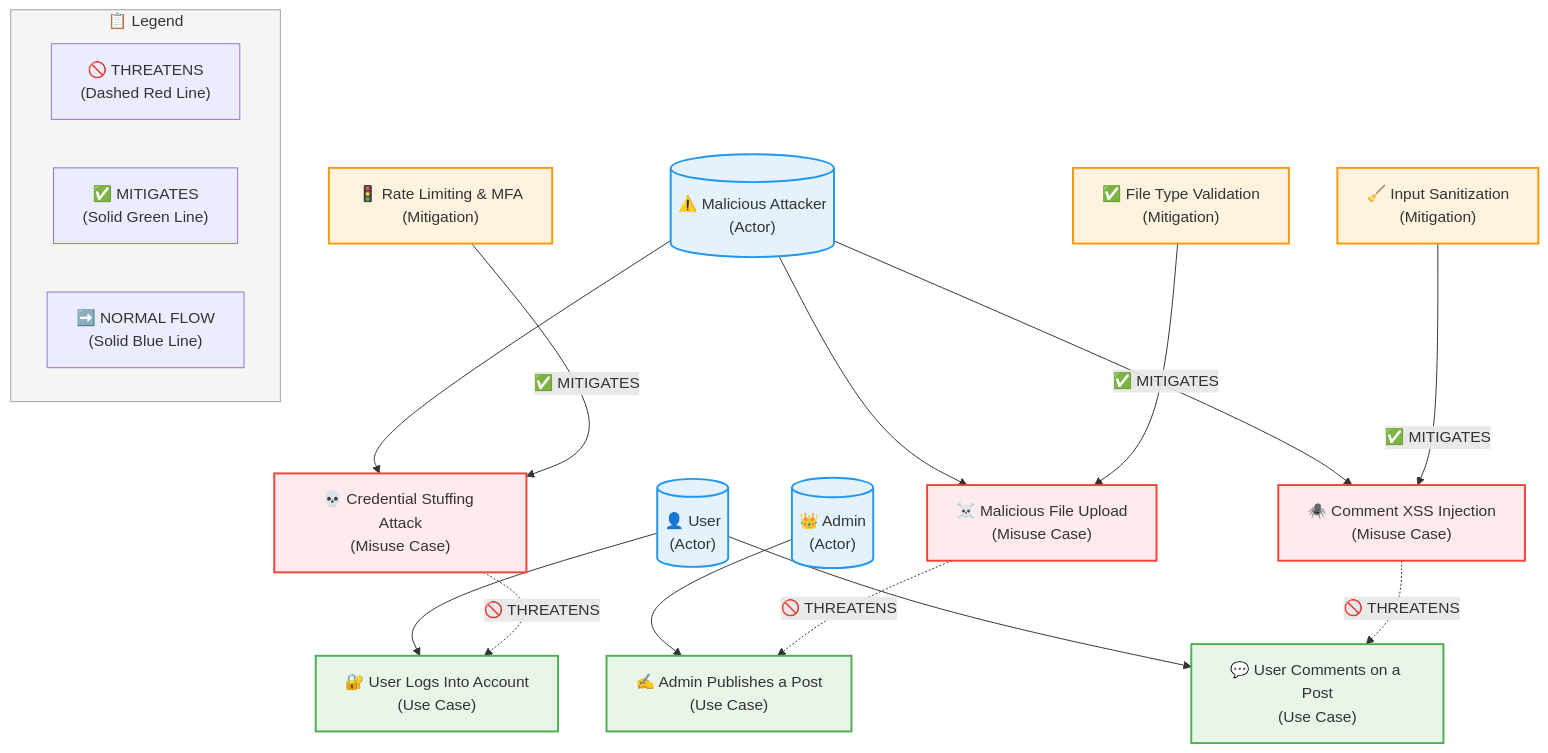
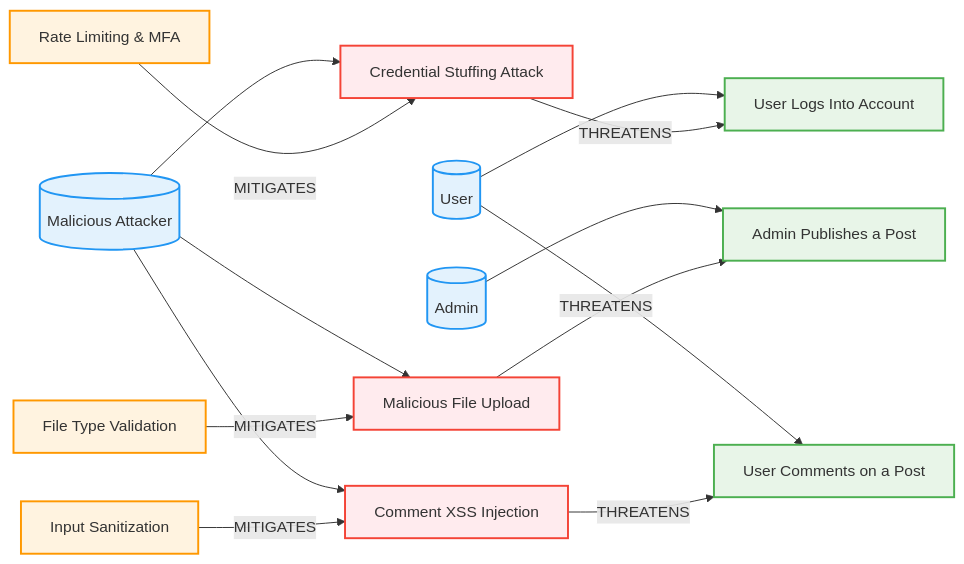
One commit to TRUPALIX9/study-reports changed the third of 3 diagrams in L04-Submission.md. Above: the diagram before and after it, drawn with Mermaid. The commit also changed other lines of this file and 1 other file, not shown here.

First line of the commit message:
Restructured diagrams with proper flow direction and professional formatting

````diff
--- a/L04-Submission.md
+++ b/L04-Submission.md
@@ -230,62 +230,55 @@
 ```mermaid
-graph TB
-    %% Actors
-    User[("👤 User<br/>(Actor)")]
-    Admin[("👑 Admin<br/>(Actor)")]
-    Attacker[("⚠️ Malicious Attacker<br/>(Actor)")]
+graph LR
+    %% Actors - Left Side
+    User[("User")]
+    Admin[("Admin")]
+    Attacker[("Malicious Attacker")]
     
-    %% Use Cases
-    UserLogin["🔐 User Logs Into Account<br/>(Use Case)"]
-    AdminPost["✍️ Admin Publishes a Post<br/>(Use Case)"]
-    UserComment["💬 User Comments on a Post<br/>(Use Case)"]
+    %% Use Cases - Center Left
+    UserLogin["User Logs Into Account"]
+    AdminPost["Admin Publishes a Post"]
+    UserComment["User Comments on a Post"]
     
-    %% Misuse Cases
-    CredentialStuffing["💀 Credential Stuffing Attack<br/>(Misuse Case)"]
-    MaliciousUpload["☠️ Malicious File Upload<br/>(Misuse Case)"]
-    CommentXSS["🕷️ Comment XSS Injection<br/>(Misuse Case)"]
+    %% Misuse Cases - Center Right
+    CredentialStuffing["Credential Stuffing Attack"]
+    MaliciousUpload["Malicious File Upload"]
+    CommentXSS["Comment XSS Injection"]
     
-    %% Mitigations
-    RateLimit["🚦 Rate Limiting & MFA<br/>(Mitigation)"]
-    FileValidation["✅ File Type Validation<br/>(Mitigation)"]
-    InputSanit["🧹 Input Sanitization<br/>(Mitigation)"]
+    %% Mitigations - Right Side
+    RateLimit["Rate Limiting & MFA"]
+    FileValidation["File Type Validation"]
+    InputSanit["Input Sanitization"]
     
-    %% Legitimate Actor Connections
+    %% Left to Right Flow - Legitimate Connections
     User --> UserLogin
     User --> UserComment
     Admin --> AdminPost
     
-    %% Threaten Connections (Red dashed lines)
-    CredentialStuffing -.->|"🚫 THREATENS"| UserLogin
-    MaliciousUpload -.->|"🚫 THREATENS"| AdminPost
-    CommentXSS -.->|"🚫 THREATENS"| UserComment
-    
-    %% Attacker to Misuse Cases
+    %% Left to Right Flow - Attack Connections
     Attacker --> CredentialStuffing
     Attacker --> MaliciousUpload
     Attacker --> CommentXSS
     
-    %% Mitigation Connections (Green solid lines)
-    RateLimit -->|"✅ MITIGATES"| CredentialStuffing
-    FileValidation -->|"✅ MITIGATES"| MaliciousUpload
-    InputSanit -->|"✅ MITIGATES"| CommentXSS
+    %% Left to Right Flow - Threaten Connections
+    CredentialStuffing -->|"THREATENS"| UserLogin
+    MaliciousUpload -->|"THREATENS"| AdminPost
+    CommentXSS -->|"THREATENS"| UserComment
     
-    %% Legend
-    subgraph Legend ["📋 Legend"]
-        Threaten["🚫 THREATENS<br/>(Dashed Red Line)"]
-        Mitigates["✅ MITIGATES<br/>(Solid Green Line)"]
-        Normal["➡️ NORMAL FLOW<br/>(Solid Blue Line)"]
-    end
+    %% Left to Right Flow - Mitigation Connections
+    RateLimit -->|"MITIGATES"| CredentialStuffing
+    FileValidation -->|"MITIGATES"| MaliciousUpload
+    InputSanit -->|"MITIGATES"| CommentXSS
     
     %% Styling
     classDef actor fill:#e3f2fd,stroke:#2196f3,stroke-width:2px
     classDef usecase fill:#e8f5e8,stroke:#4caf50,stroke-width:2px
     classDef misuse fill:#ffebee,stroke:#f44336,stroke-width:2px
     classDef mitigation fill:#fff3e0,stroke:#ff9800,stroke-width:2px
     classDef legend fill:#f5f5f5,stroke:#9e9e9e,stroke-width:1px
     
     class User,Admin,Attacker actor
     class UserLogin,AdminPost,UserComment usecase
     class CredentialStuffing,MaliciousUpload,CommentXSS misuse
     class RateLimit,FileValidation,InputSanit mitigation
     class Legend legend
 ```
````
